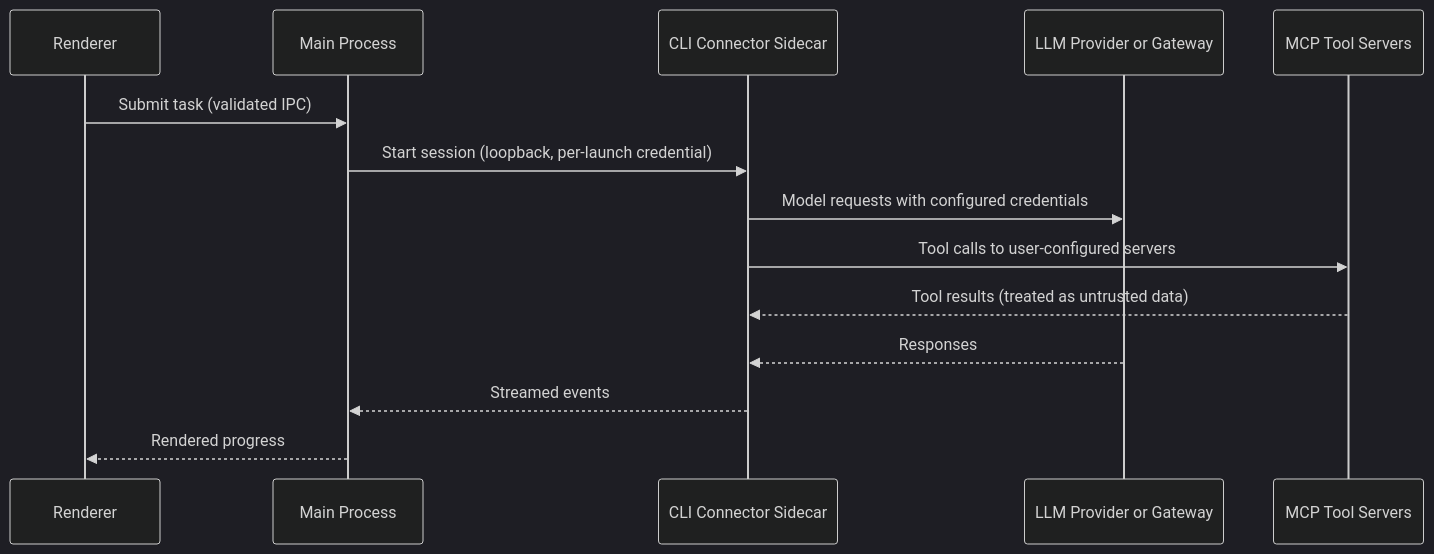
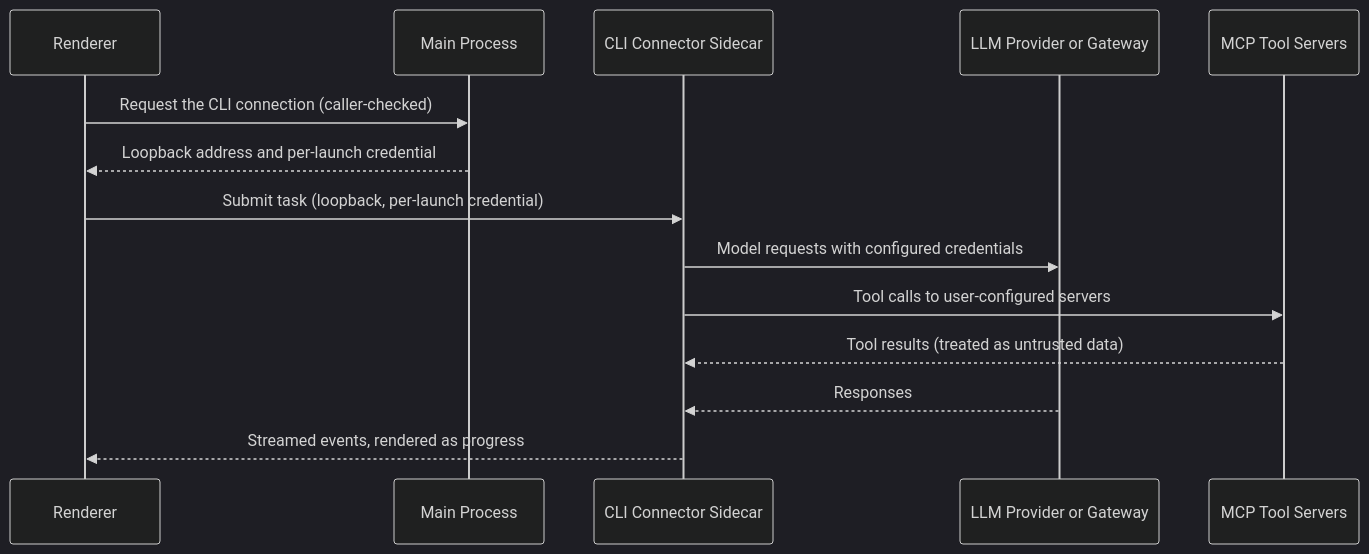
One commit to Kilo-Org/kilo-desktop changed the fourth of 8 diagrams in docs/security/security-architecture.md. Above: the diagram before and after it, drawn with Mermaid (dark theme). The commit also changed other lines of this file and 2670 other files, not shown here.

````diff
--- a/docs/security/security-architecture.md
+++ b/docs/security/security-architecture.md
@@ -314,17 +339,17 @@
 ```mermaid
 sequenceDiagram
   participant UI as Renderer
   participant Main as Main Process
   participant CLI as CLI Connector Sidecar
   participant Model as LLM Provider or Gateway
   participant MCP as MCP Tool Servers
 
-  UI->>Main: Submit task (validated IPC)
-  Main->>CLI: Start session (loopback, per-launch credential)
+  UI->>Main: Request the CLI connection (caller-checked)
+  Main-->>UI: Loopback address and per-launch credential
+  UI->>CLI: Submit task (loopback, per-launch credential)
   CLI->>Model: Model requests with configured credentials
   CLI->>MCP: Tool calls to user-configured servers
   MCP-->>CLI: Tool results (treated as untrusted data)
   Model-->>CLI: Responses
-  CLI-->>Main: Streamed events
-  Main-->>UI: Rendered progress
+  CLI-->>UI: Streamed events, rendered as progress
 ```
````
